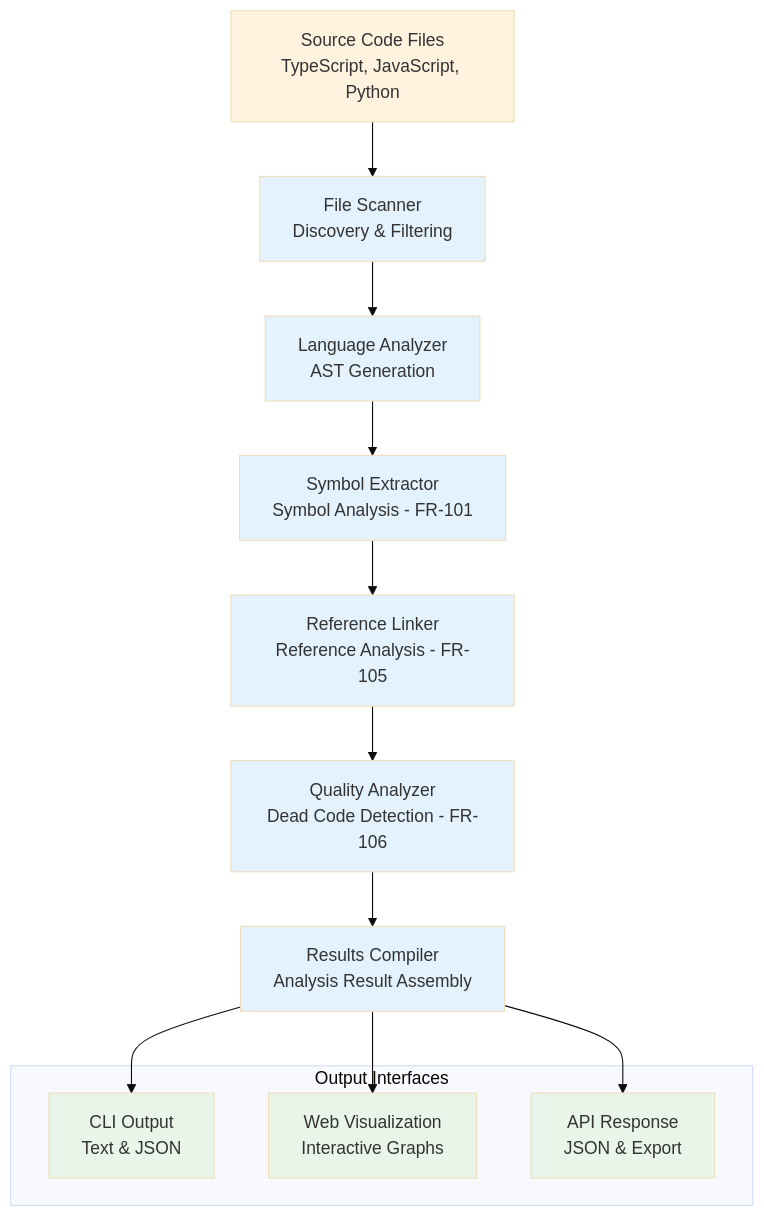
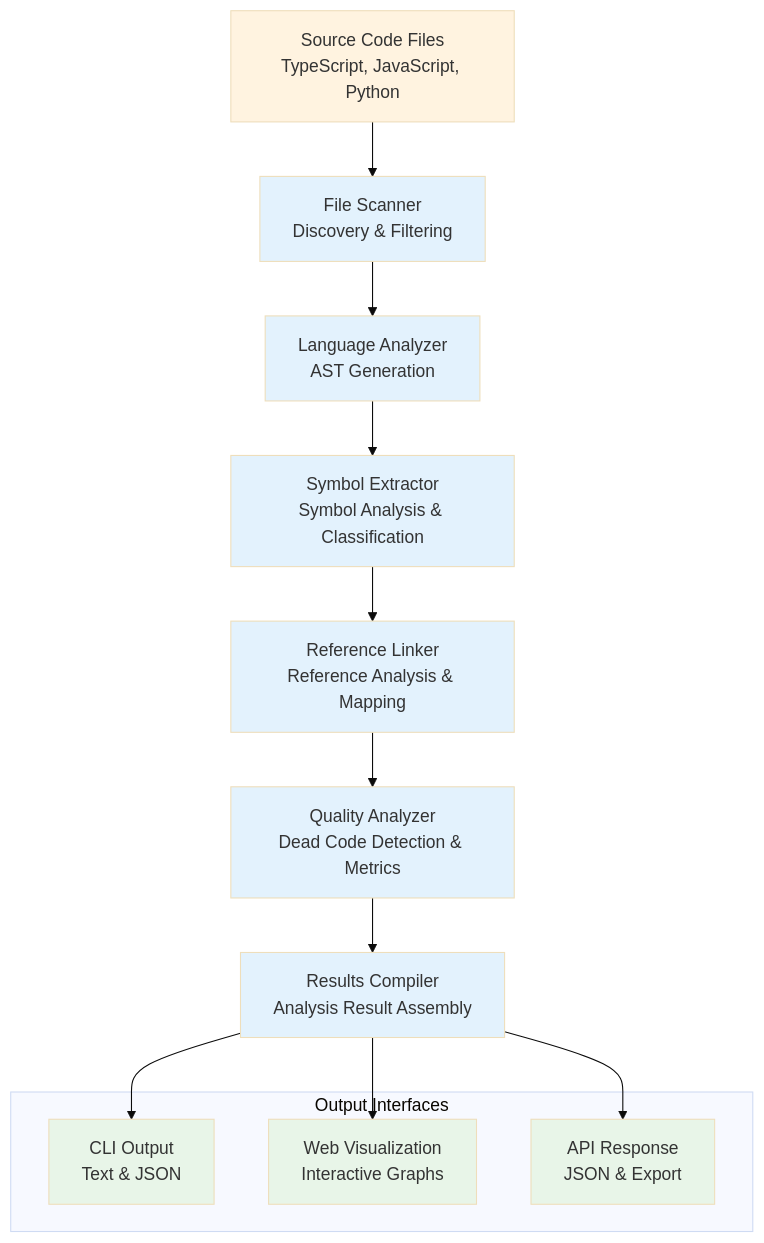
Before and after one commit to louipr/cytrac: the fifth of 5 diagrams in docs/SAD.md, drawn with Mermaid (base theme). The commit also changed other lines of this file, not shown here.

````diff
--- a/docs/SAD.md
+++ b/docs/SAD.md
@@ -426,43 +426,43 @@
 ```mermaid
 flowchart TD
     SOURCE[Source Code Files<br/>TypeScript, JavaScript, Python]
     
     SCANNER[File Scanner<br/>Discovery & Filtering]
     
     LANG_ANALYZER[Language Analyzer<br/>AST Generation]
     
-    SYM_EXTRACTOR[Symbol Extractor<br/>Symbol Analysis - FR-101]
+    SYM_EXTRACTOR[Symbol Extractor<br/>Symbol Analysis & Classification]
     
-    REF_LINKER[Reference Linker<br/>Reference Analysis - FR-105]
+    REF_LINKER[Reference Linker<br/>Reference Analysis & Mapping]
     
-    QUAL_ANALYZER[Quality Analyzer<br/>Dead Code Detection - FR-106]
+    QUAL_ANALYZER[Quality Analyzer<br/>Dead Code Detection & Metrics]
     
     RESULTS_COMPILER[Results Compiler<br/>Analysis Result Assembly]
     
     subgraph "Output Interfaces"
         CLI_OUT[CLI Output<br/>Text & JSON]
         WEB_VIZ[Web Visualization<br/>Interactive Graphs]
         API_RESP[API Response<br/>JSON & Export]
     end
     
     %% Data flow sequence
     SOURCE --> SCANNER
     SCANNER --> LANG_ANALYZER
     LANG_ANALYZER --> SYM_EXTRACTOR
     SYM_EXTRACTOR --> REF_LINKER
     REF_LINKER --> QUAL_ANALYZER
     QUAL_ANALYZER --> RESULTS_COMPILER
     
     %% Output distribution
     RESULTS_COMPILER --> CLI_OUT
     RESULTS_COMPILER --> WEB_VIZ
     RESULTS_COMPILER --> API_RESP
     
     classDef source fill:#fff3e0
     classDef process fill:#e3f2fd
     classDef output fill:#e8f5e8
     
     class SOURCE source
     class SCANNER,LANG_ANALYZER,SYM_EXTRACTOR,REF_LINKER,QUAL_ANALYZER,RESULTS_COMPILER process
     class CLI_OUT,WEB_VIZ,API_RESP output
 ```
````
